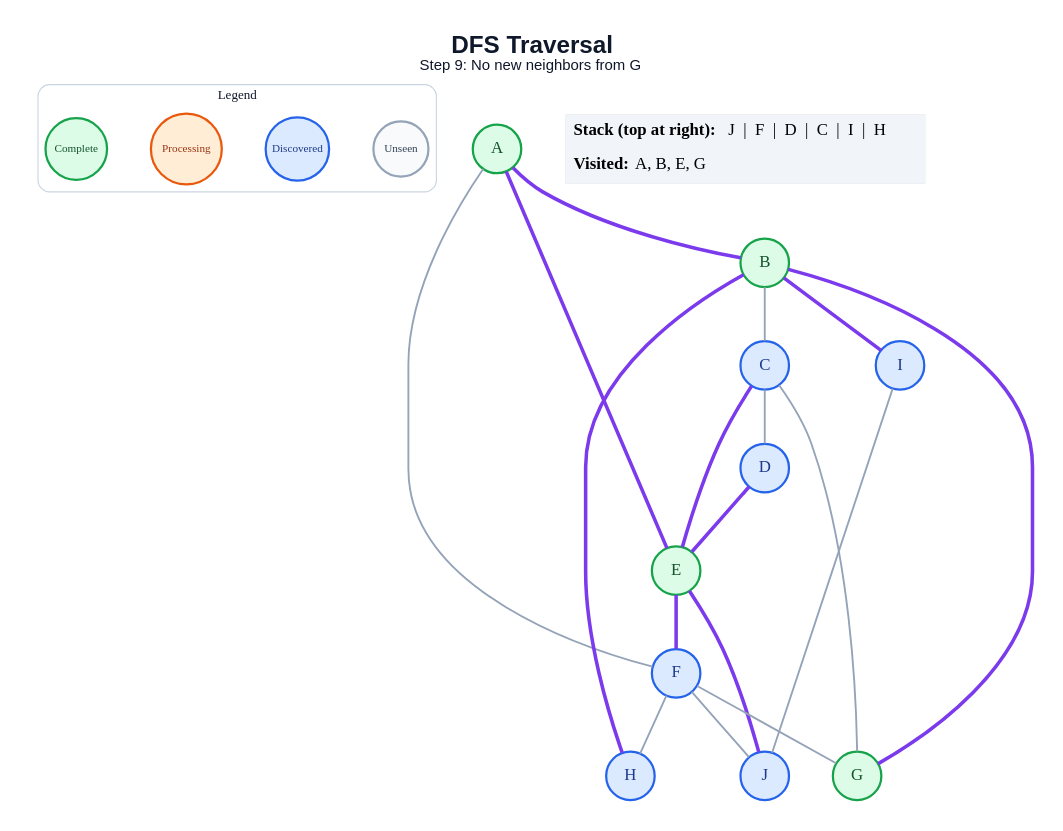
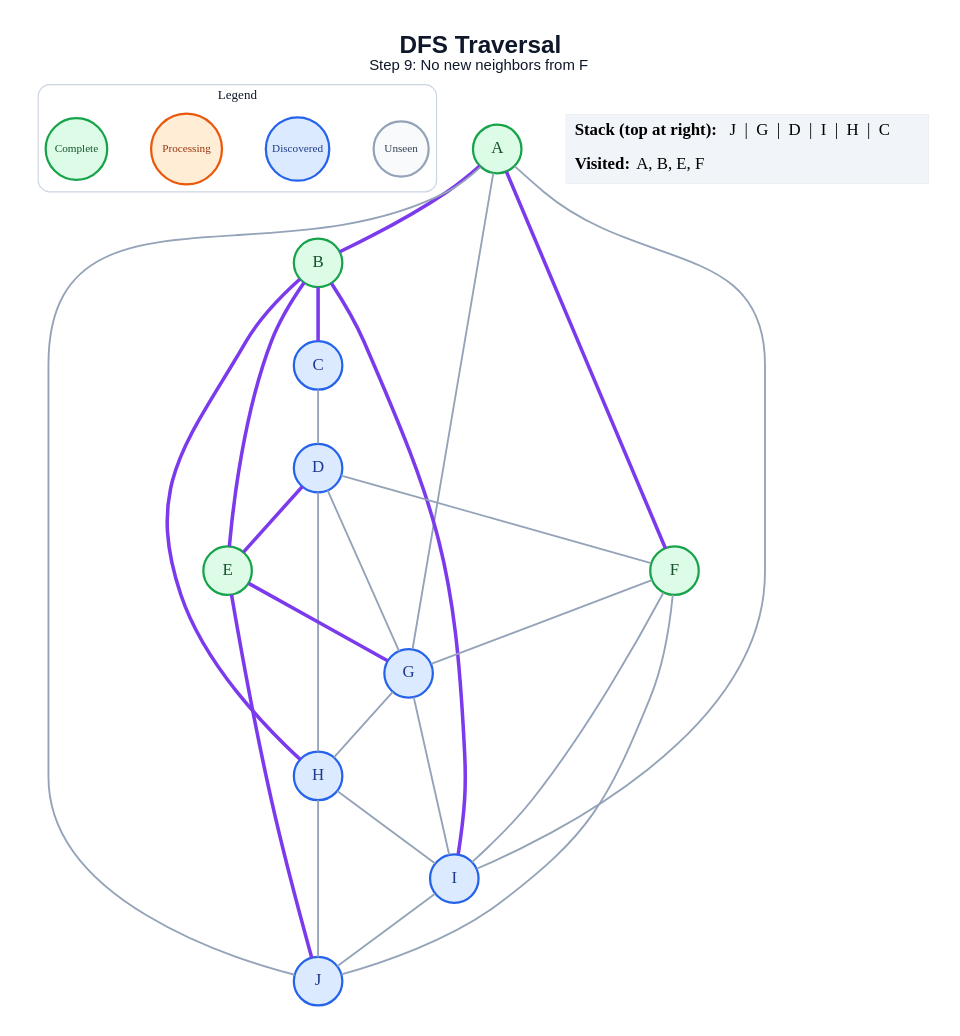
One commit to amanghodawala9/ai-slop changed the diagram in generated/specific-node/dfs/step_09.dot. Above: the diagram before and after it, drawn with Graphviz. The commit also changed 178 other files, not shown here.

```diff
--- a/generated/specific-node/dfs/step_09.dot
+++ b/generated/specific-node/dfs/step_09.dot
@@ -1,46 +1,53 @@
 graph traversal {
   graph [layout=dot, rankdir=TB, bgcolor="#FFFFFF", pad="0.35", nodesep="0.65", ranksep="0.8", fontname="Arial"];
   node [shape=circle, style="filled", fontname="Arial Bold", fontsize=18, width=0.72, fixedsize=true, penwidth=2.4];
   edge [color="#94A3B8", penwidth=2.0];
-  label=<<B>DFS Traversal</B><BR/><FONT POINT-SIZE="16">Step 9: No new neighbors from G</FONT>>; labelloc="t"; fontsize=26; fontname="Arial"; fontcolor="#0F172A";
+  label=<<B>DFS Traversal</B><BR/><FONT POINT-SIZE="16">Step 9: No new neighbors from F</FONT>>; labelloc="t"; fontsize=26; fontname="Arial"; fontcolor="#0F172A";
   subgraph cluster_legend { label="Legend"; color="#CBD5E1"; penwidth=1.2; style="rounded"; fontsize=14; fontname="Arial Bold";
     key_unseen [label="Unseen", fillcolor="#F8FAFC", color="#94A3B8", fontcolor="#334155", fontsize=12, width=0.82];
     key_frontier [label="Discovered", fillcolor="#DBEAFE", color="#2563EB", fontcolor="#1E3A8A", fontsize=12, width=0.95];
     key_current [label="Processing", fillcolor="#FFEDD5", color="#EA580C", fontcolor="#9A3412", fontsize=12, width=1.05];
     key_done [label="Complete", fillcolor="#DCFCE7", color="#16A34A", fontcolor="#14532D", fontsize=12, width=0.92];
     { rank=same; key_unseen; key_frontier; key_current; key_done; }
   }
   A [fillcolor="#DCFCE7", color="#16A34A", fontcolor="#14532D"];
   B [fillcolor="#DCFCE7", color="#16A34A", fontcolor="#14532D"];
   C [fillcolor="#DBEAFE", color="#2563EB", fontcolor="#1E3A8A"];
   D [fillcolor="#DBEAFE", color="#2563EB", fontcolor="#1E3A8A"];
   E [fillcolor="#DCFCE7", color="#16A34A", fontcolor="#14532D"];
-  F [fillcolor="#DBEAFE", color="#2563EB", fontcolor="#1E3A8A"];
-  G [fillcolor="#DCFCE7", color="#16A34A", fontcolor="#14532D"];
+  F [fillcolor="#DCFCE7", color="#16A34A", fontcolor="#14532D"];
+  G [fillcolor="#DBEAFE", color="#2563EB", fontcolor="#1E3A8A"];
   H [fillcolor="#DBEAFE", color="#2563EB", fontcolor="#1E3A8A"];
   I [fillcolor="#DBEAFE", color="#2563EB", fontcolor="#1E3A8A"];
   J [fillcolor="#DBEAFE", color="#2563EB", fontcolor="#1E3A8A"];
   A -- B [color="#7C3AED", penwidth=3.8];
-  A -- E [color="#7C3AED", penwidth=3.8];
-  A -- F;
-  B -- C;
-  B -- G [color="#7C3AED", penwidth=3.8];
+  A -- F [color="#7C3AED", penwidth=3.8];
+  A -- G;
+  A -- I;
+  A -- J;
+  B -- C [color="#7C3AED", penwidth=3.8];
+  B -- E [color="#7C3AED", penwidth=3.8];
   B -- H [color="#7C3AED", penwidth=3.8];
   B -- I [color="#7C3AED", penwidth=3.8];
   C -- D;
-  C -- E [color="#7C3AED", penwidth=3.8];
-  C -- G;
   D -- E [color="#7C3AED", penwidth=3.8];
-  E -- F [color="#7C3AED", penwidth=3.8];
+  D -- F;
+  D -- G;
+  D -- H;
+  E -- G [color="#7C3AED", penwidth=3.8];
   E -- J [color="#7C3AED", penwidth=3.8];
   F -- G;
-  F -- H;
+  F -- I;
   F -- J;
+  G -- H;
+  G -- I;
+  H -- I;
+  H -- J;
   I -- J;
   status [shape=plain, fixedsize=false, width=0, height=0, margin=0, label=<
     <TABLE BORDER="0" CELLBORDER="0" CELLPADDING="7" BGCOLOR="#F1F5F9">
-      <TR><TD ALIGN="LEFT"><B>Stack (top at right):</B> J  |  F  |  D  |  C  |  I  |  H</TD></TR>
-      <TR><TD ALIGN="LEFT"><B>Visited:</B> A, B, E, G</TD></TR>
+      <TR><TD ALIGN="LEFT"><B>Stack (top at right):</B> J  |  G  |  D  |  I  |  H  |  C</TD></TR>
+      <TR><TD ALIGN="LEFT"><B>Visited:</B> A, B, E, F</TD></TR>
     </TABLE>
   >];
 }
```
